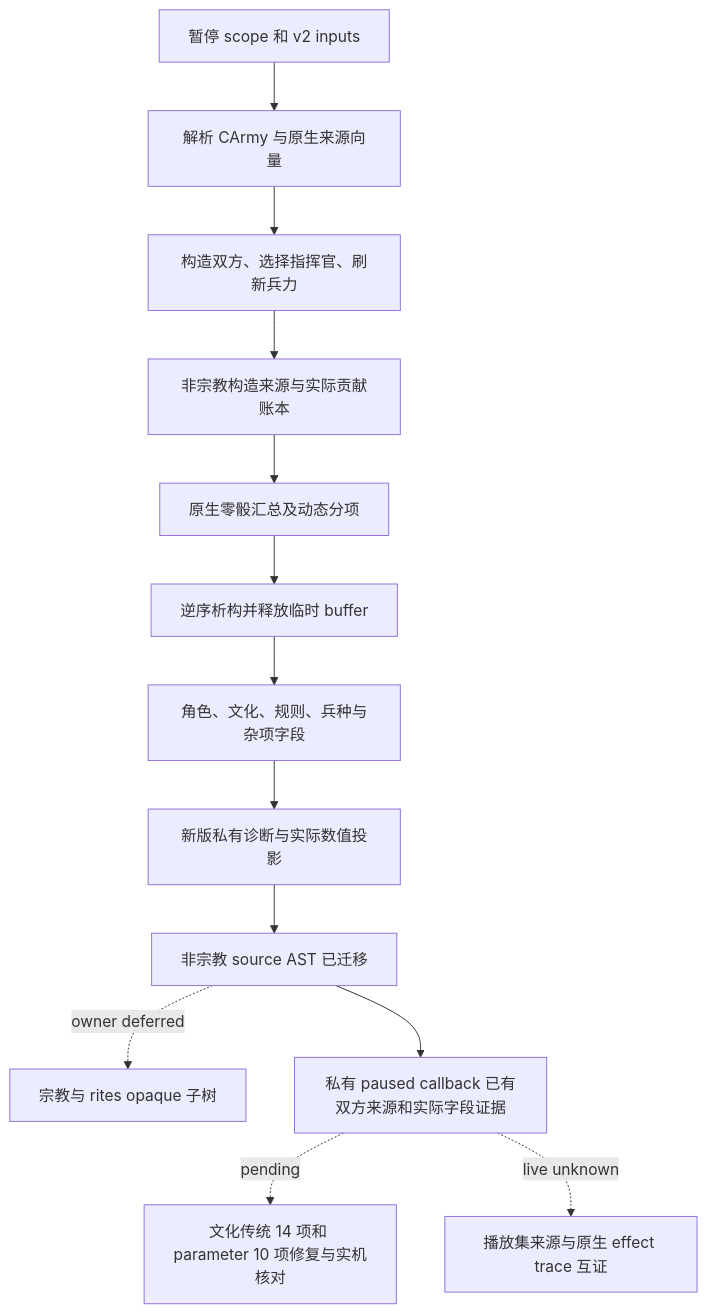
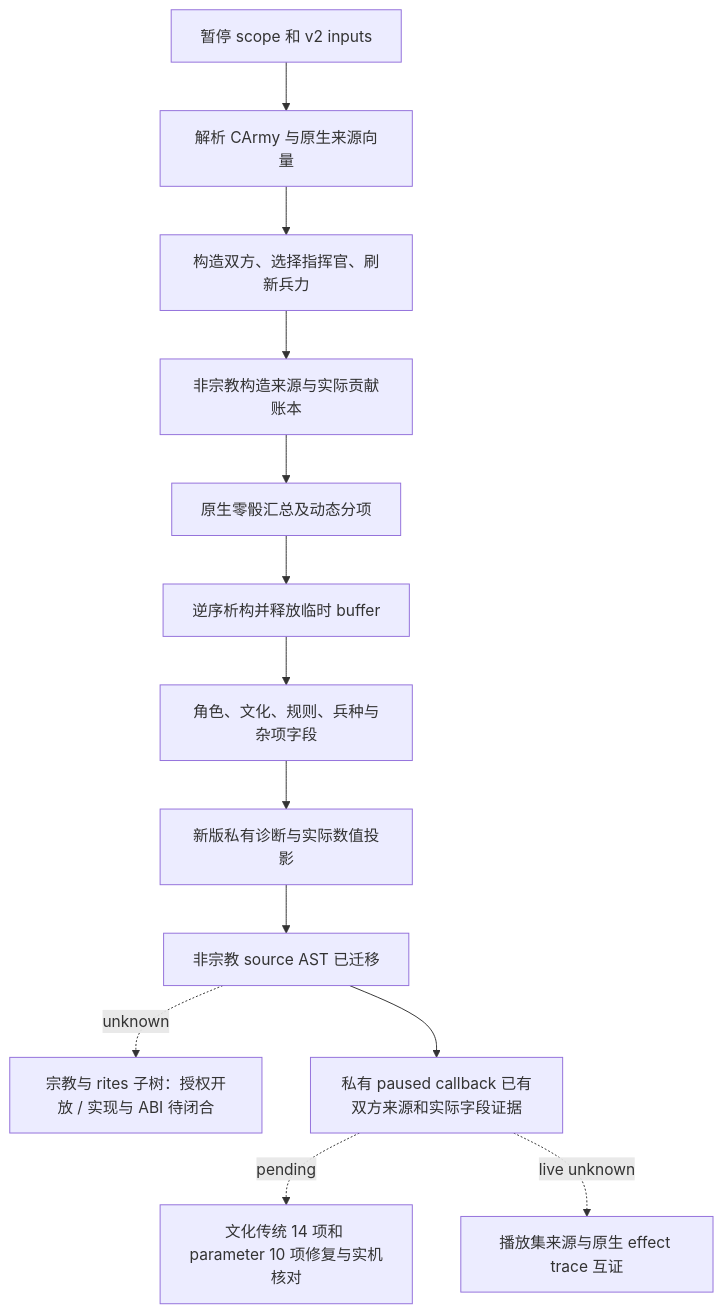
The diagram in docs/ck3-native-ai/ck3-1.20.0.2-phase-migration.md (XenoAmess/ck3_eternal_recurrence), drawn with Mermaid before and after one commit. The commit also changed other lines of this file and 69 other files, not shown here.

````diff
--- a/docs/ck3-native-ai/ck3-1.20.0.2-phase-migration.md
+++ b/docs/ck3-native-ai/ck3-1.20.0.2-phase-migration.md
@@ -24,15 +26,15 @@
 ```mermaid
 flowchart TD
   S[暂停 scope 和 v2 inputs] --> A[解析 CArmy 与原生来源向量]
   A --> K[构造双方、选择指挥官、刷新兵力]
   K --> L[非宗教构造来源与实际贡献账本]
   L --> D[原生零骰汇总及动态分项]
   D --> R[逆序析构并释放临时 buffer]
   R --> F[角色、文化、规则、兵种与杂项字段]
   F --> P[新版私有诊断与实际数值投影]
   P --> T[非宗教 source AST 已迁移]
-  T -. owner deferred .-> U[宗教与 rites opaque 子树]
+  T -. unknown .-> U[宗教与 rites 子树：授权开放 / 实现与 ABI 待闭合]
   T --> V[私有 paused callback 已有双方来源和实际字段证据]
   V -. pending .-> C[文化传统 14 项和 parameter 10 项修复与实机核对]
   V -. live unknown .-> E[播放集来源与原生 effect trace 互证]
 ```
````
